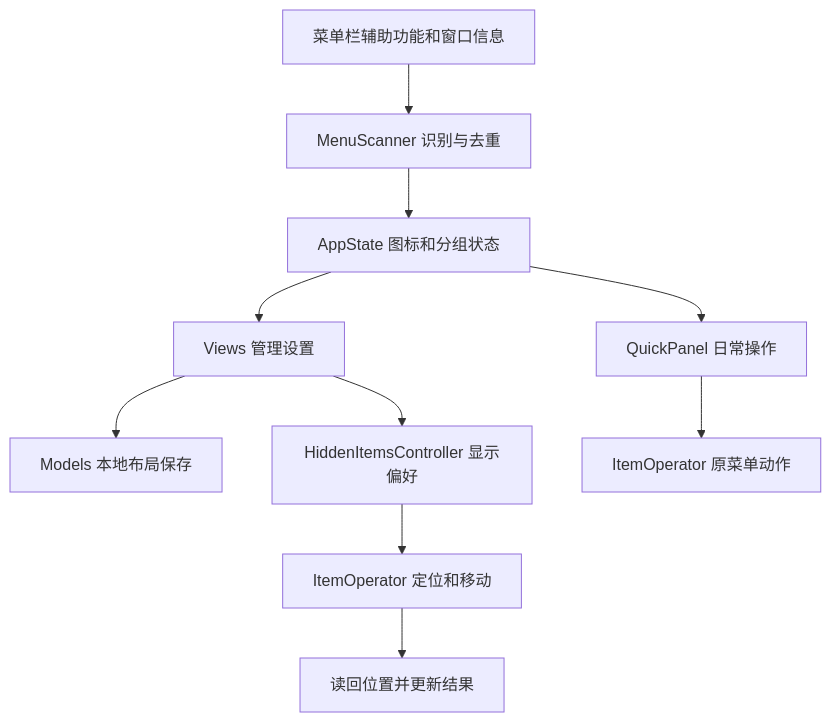
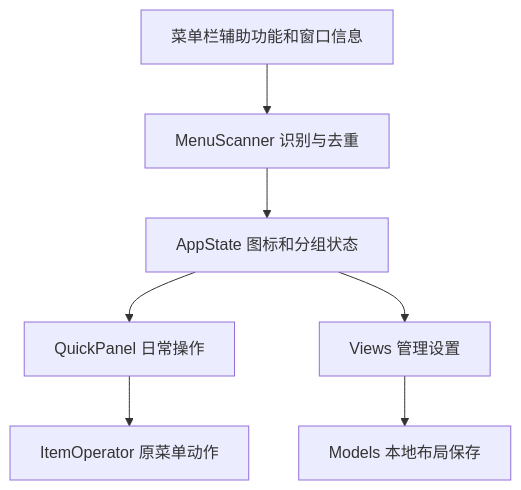
The diagram in docs/ARCHITECTURE.md (codeleep/MenuPocket), drawn with Mermaid before and after one commit. The commit also changed other lines of this file and 19 other files, not shown here.

````diff
--- a/docs/ARCHITECTURE.md
+++ b/docs/ARCHITECTURE.md
@@ -5,12 +5,9 @@
 ```mermaid
 flowchart TD
     A[菜单栏辅助功能和窗口信息] --> B[MenuScanner 识别与去重]
     B --> C[AppState 图标和分组状态]
     C --> D[QuickPanel 日常操作]
     C --> E[Views 管理设置]
     E --> F[Models 本地布局保存]
-    E --> G[HiddenItemsController 显示偏好]
-    G --> H[ItemOperator 定位和移动]
-    H --> I[读回位置并更新结果]
     D --> J[ItemOperator 原菜单动作]
 ```
````
